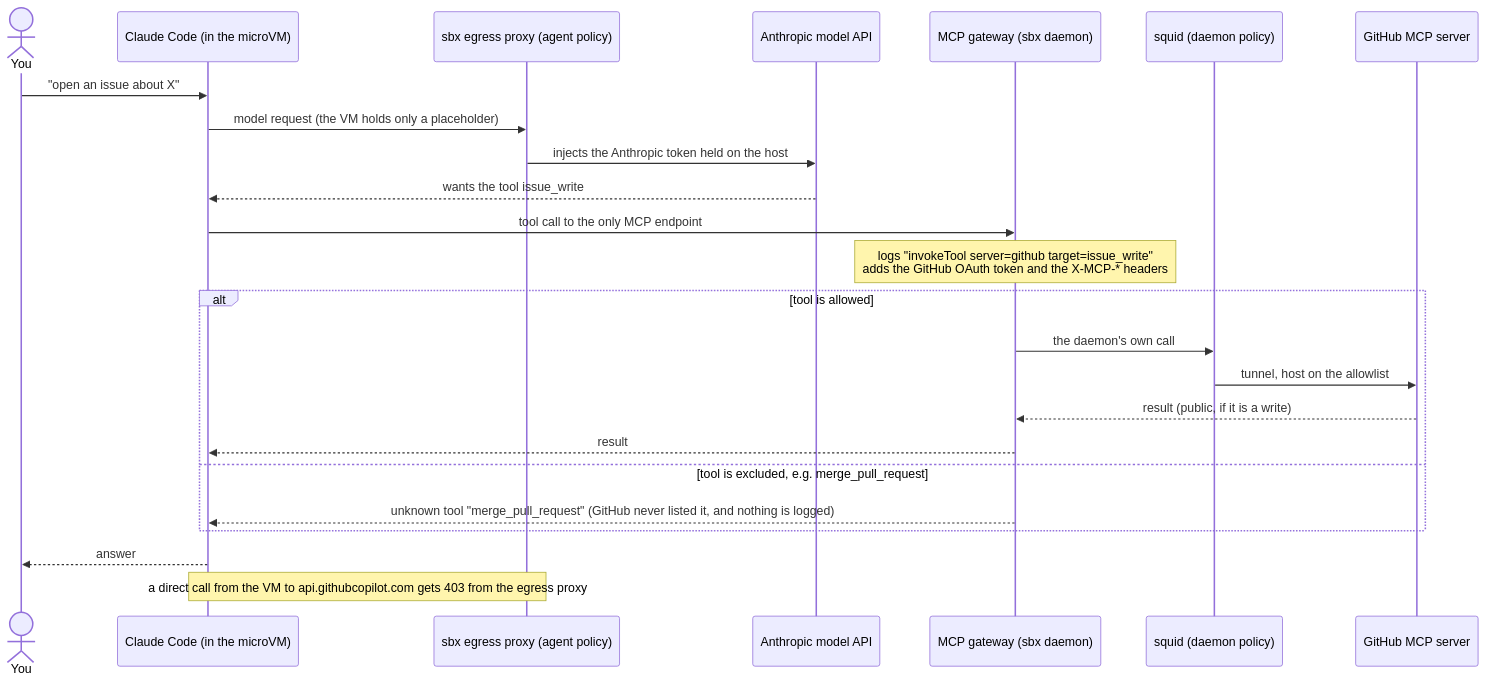
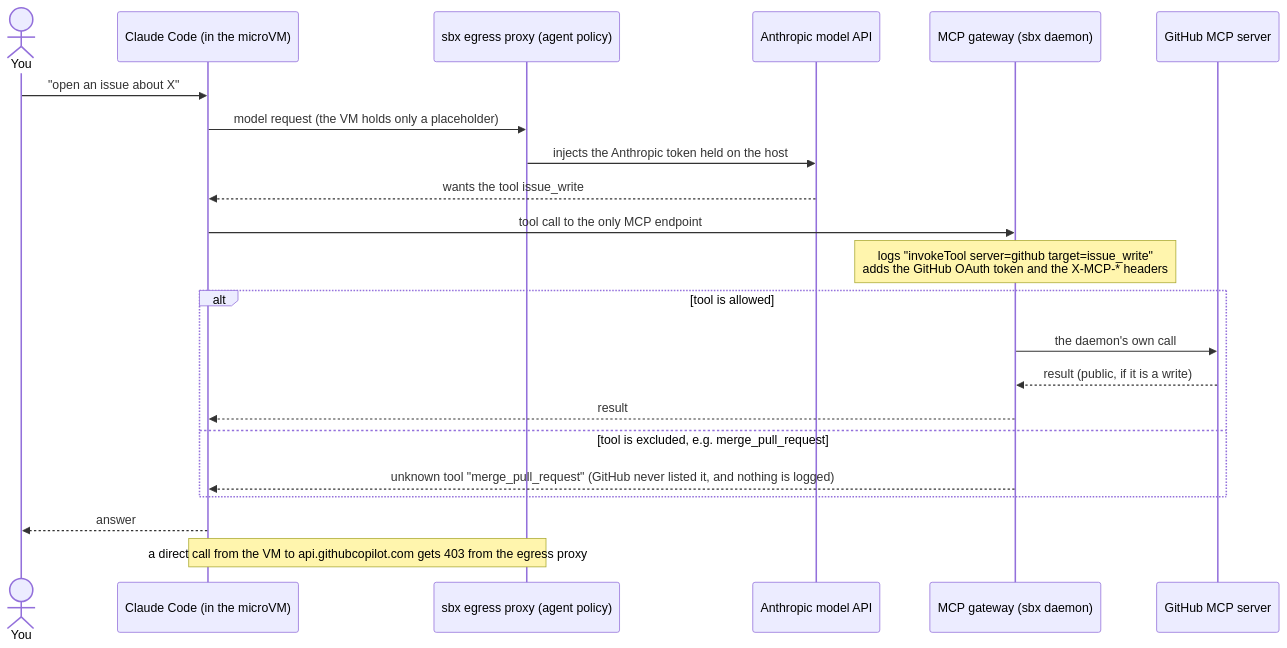
Before and after one commit to raghav19/engineersdaybook: the second of 3 diagrams in code/agent-sandbox/README.md, drawn with Mermaid. The commit also changed other lines of this file and 20 other files, not shown here.

````diff
--- a/code/agent-sandbox/README.md
+++ b/code/agent-sandbox/README.md
@@ -97,27 +94,25 @@
 ```mermaid
 sequenceDiagram
     actor You
     participant C as Claude Code (in the microVM)
     participant E as sbx egress proxy (agent policy)
     participant M as Anthropic model API
     participant G as MCP gateway (sbx daemon)
-    participant S as squid (daemon policy)
     participant H as GitHub MCP server
 
     You->>C: "open an issue about X"
     C->>E: model request (the VM holds only a placeholder)
     E->>M: injects the Anthropic token held on the host
     M-->>C: wants the tool issue_write
     C->>G: tool call to the only MCP endpoint
     Note over G: logs "invokeTool server=github target=issue_write"<br/>adds the GitHub OAuth token and the X-MCP-* headers
     alt tool is allowed
-        G->>S: the daemon's own call
-        S->>H: tunnel, host on the allowlist
+        G->>H: the daemon's own call
         H-->>G: result (public, if it is a write)
         G-->>C: result
     else tool is excluded, e.g. merge_pull_request
         G-->>C: unknown tool "merge_pull_request" (GitHub never listed it, and nothing is logged)
     end
     C-->>You: answer
     Note over C,E: a direct call from the VM to api.githubcopilot.com gets 403 from the egress proxy
 ```
````
